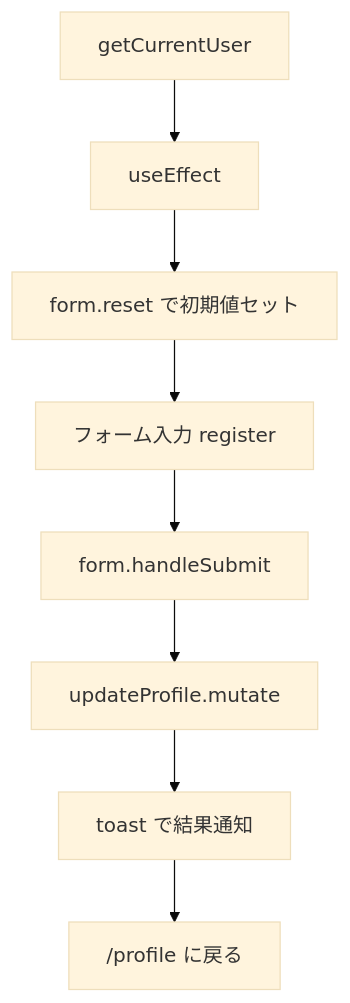
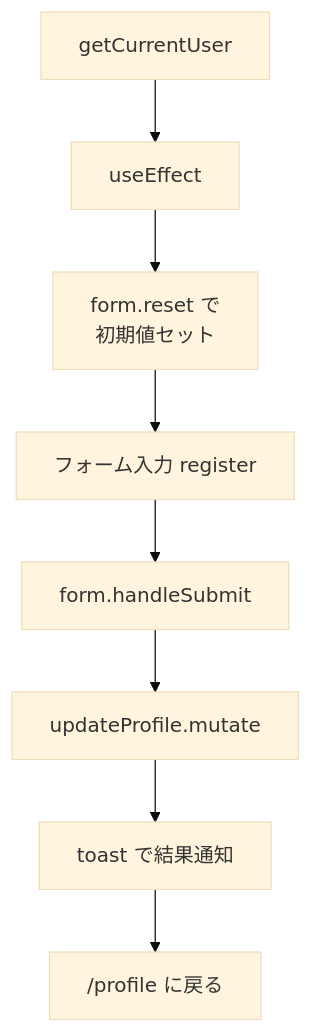
One commit to kouiso/task-app changed the second of 3 diagrams in material/30days-curriculum/day25_プロフィール編集.md. Above: the diagram before and after it, drawn with Mermaid (base theme). The commit also changed other lines of this file and 24 other files, not shown here.

First line of the commit message:
fix(material): Mermaid 図のファイル名キャプションとノード途中折れを直す (#457) (#718)

````diff
--- a/material/30days-curriculum/day25_プロフィール編集.md
+++ b/material/30days-curriculum/day25_プロフィール編集.md
@@ -1482,10 +1482,10 @@
 ```mermaid
 flowchart TB
     A[getCurrentUser] --> B[useEffect]
-    B --> C[form.reset で初期値セット]
+    B --> C[form.reset で<br/>初期値セット]
     C --> D[フォーム入力 register]
     D --> E[form.handleSubmit]
     E --> F[updateProfile.mutate]
     F --> G[toast で結果通知]
     G --> H["/profile に戻る"]
 ```
````
